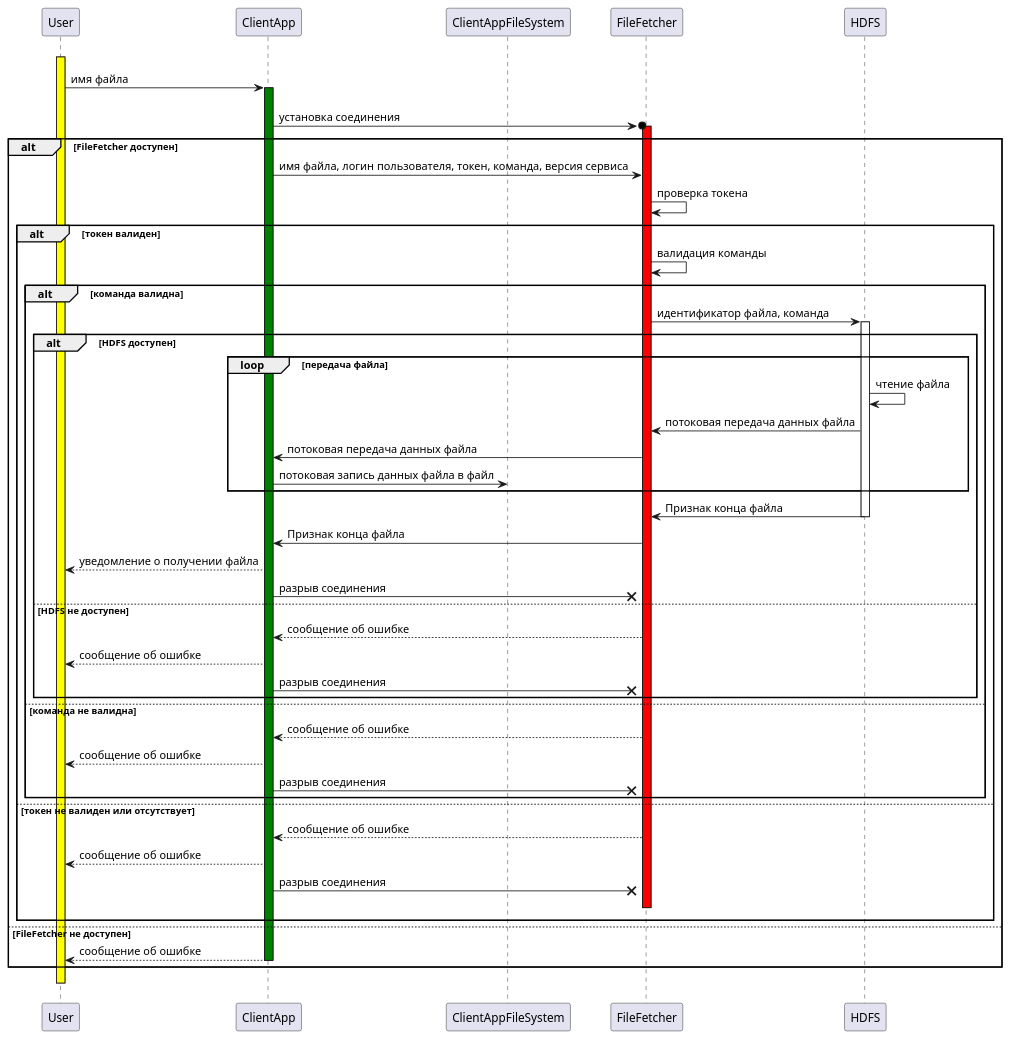
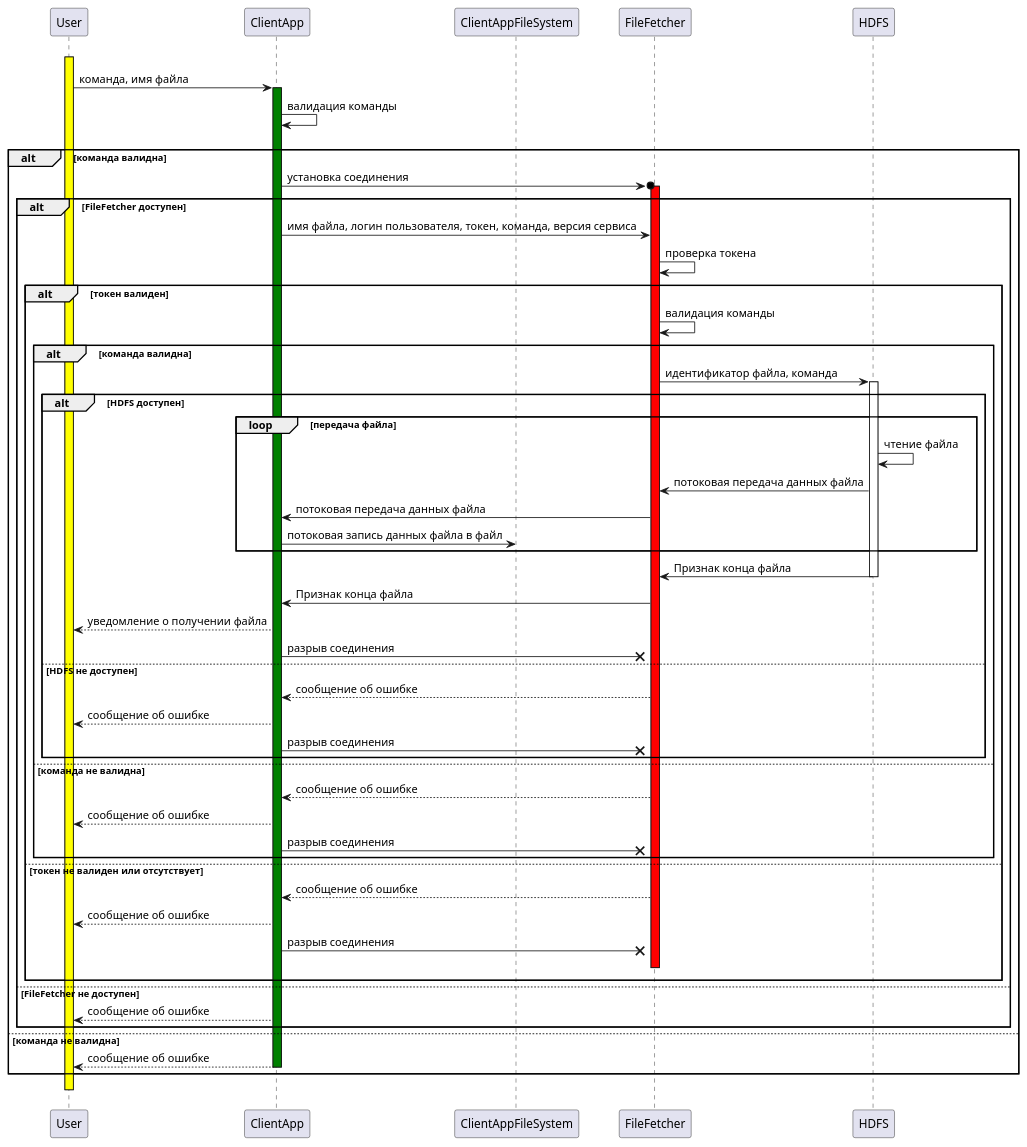
Before and after one commit to sberdyshev/java-file-handling: the diagram in docs/uml/sequence diagrams/fetchFileSequenceDiagram.puml, drawn with PlantUML. The commit also changed 5 other files, not shown here.

Commit message:
Added command format description, fixed diagrams

```diff
--- a/docs/uml/sequence diagrams/fetchFileSequenceDiagram.puml
+++ b/docs/uml/sequence diagrams/fetchFileSequenceDiagram.puml
@@ -1,47 +1,52 @@
 @startuml
 
 User -[hidden]-> User ++ #yellow
-User -> ClientApp ++ #green: имя файла
+User -> ClientApp ++ #green: команда, имя файла
+ClientApp -> ClientApp: валидация команды
 ClientApp -[hidden]-> ClientAppFileSystem
-ClientApp ->o FileFetcher ++ #red: установка соединения
 
-alt FileFetcher доступен
-  ClientApp -> FileFetcher: имя файла, логин пользователя, токен, команда, версия сервиса
-  FileFetcher -> FileFetcher: проверка токена
+alt команда валидна
+  ClientApp ->o FileFetcher ++ #red: установка соединения
+  alt FileFetcher доступен
+    ClientApp -> FileFetcher: имя файла, логин пользователя, токен, команда, версия сервиса
+    FileFetcher -> FileFetcher: проверка токена
     alt токен валиден
       FileFetcher -> FileFetcher: валидация команды
       alt команда валидна
           FileFetcher -> HDFS ++ #white: идентификатор файла, команда
           alt HDFS доступен
             loop передача файла
               HDFS -> HDFS: чтение файла
               HDFS -> FileFetcher: потоковая передача данных файла
               FileFetcher -> ClientApp: потоковая передача данных файла
               ClientApp -> ClientAppFileSystem: потоковая запись данных файла в файл
             end loop
             HDFS -> FileFetcher -- #white: Признак конца файла
             FileFetcher -> ClientApp: Признак конца файла
             ClientApp --> User: уведомление о получении файла
             ClientApp ->x FileFetcher: разрыв соединения
           else HDFS не доступен
             FileFetcher --> ClientApp: сообщение об ошибке
             ClientApp --> User: сообщение об ошибке
             ClientApp ->x FileFetcher: разрыв соединения
           end
       else команда не валидна
         FileFetcher --> ClientApp: сообщение об ошибке
         ClientApp --> User: сообщение об ошибке
         ClientApp ->x FileFetcher: разрыв соединения
       end
     else токен не валиден или отсутствует
       FileFetcher --> ClientApp: сообщение об ошибке
       ClientApp --> User: сообщение об ошибке
       ClientApp ->x FileFetcher: разрыв соединения
       FileFetcher -[hidden]-> FileFetcher -- #red
     end
-else FileFetcher не доступен
-  ClientApp --> User -- #green: сообщение об ошибке
+  else FileFetcher не доступен
+    ClientApp --> User: сообщение об ошибке
+  end
+else команда не валидна
+    ClientApp --> User -- #green: сообщение об ошибке
 end
 User -[hidden]-> User -- #yellow
 
 @enduml
```
